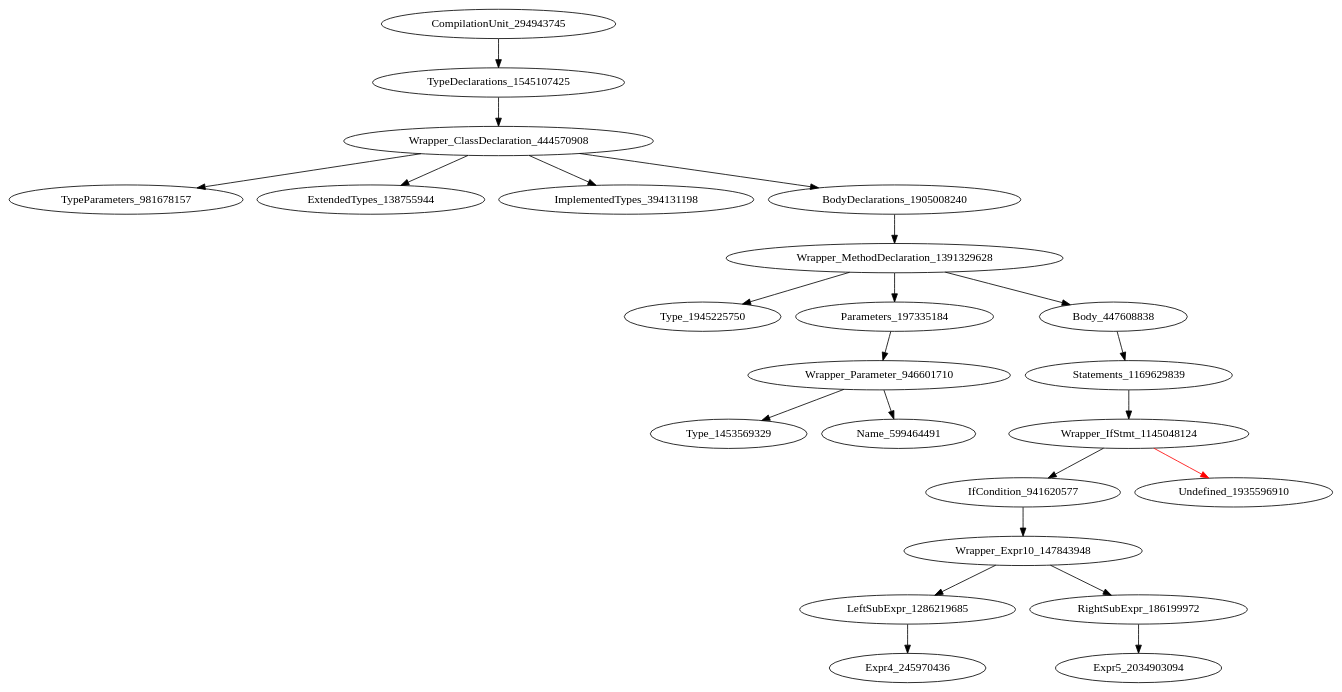
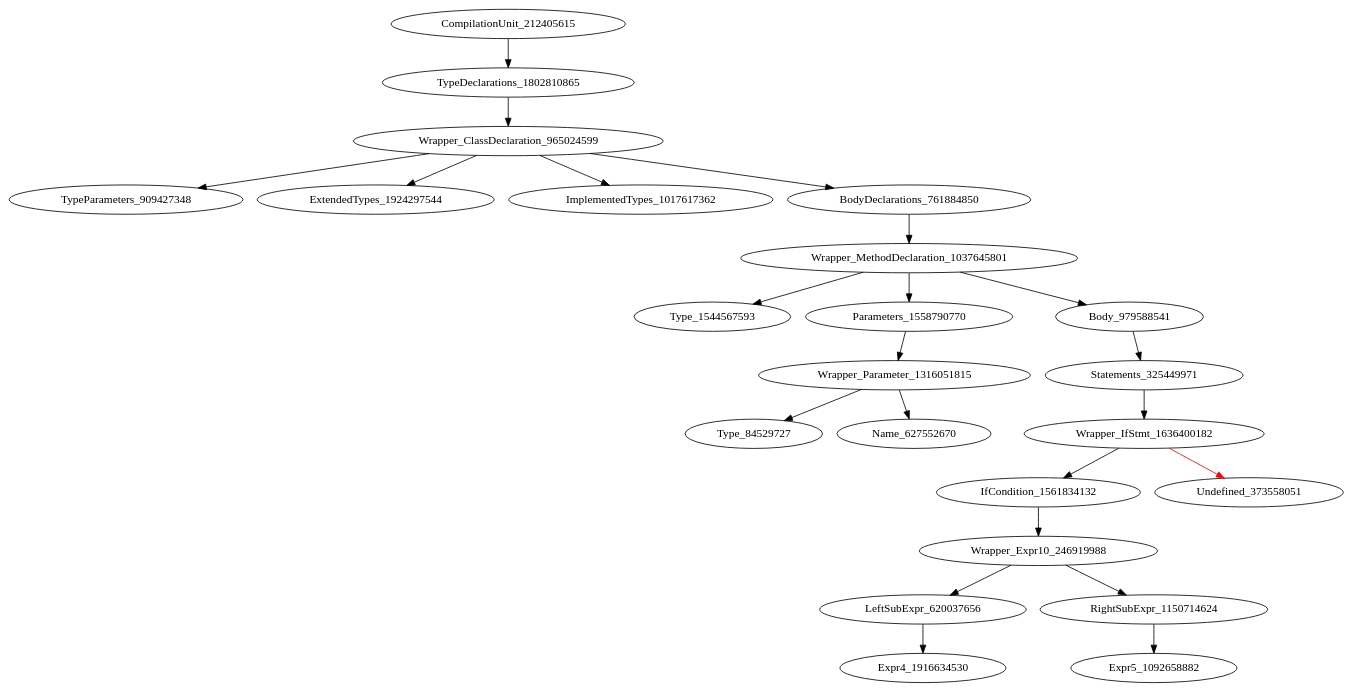
The diagram in holeAST.dot (icse2023material/VoiceJava), drawn with Graphviz before and after one commit. The commit also changed 20 other files, not shown here.

```diff
--- a/holeAST.dot
+++ b/holeAST.dot
@@ -1,24 +1,24 @@
 digraph {
-CompilationUnit_294943745 -> TypeDeclarations_1545107425
-TypeDeclarations_1545107425 -> Wrapper_ClassDeclaration_444570908
-Wrapper_ClassDeclaration_444570908 -> TypeParameters_981678157
-Wrapper_ClassDeclaration_444570908 -> ExtendedTypes_138755944
-Wrapper_ClassDeclaration_444570908 -> ImplementedTypes_394131198
-Wrapper_ClassDeclaration_444570908 -> BodyDeclarations_1905008240
-BodyDeclarations_1905008240 -> Wrapper_MethodDeclaration_1391329628
-Wrapper_MethodDeclaration_1391329628 -> Type_1945225750
-Wrapper_MethodDeclaration_1391329628 -> Parameters_197335184
-Wrapper_MethodDeclaration_1391329628 -> Body_447608838
-Parameters_197335184 -> Wrapper_Parameter_946601710
-Body_447608838 -> Statements_1169629839
-Wrapper_Parameter_946601710 -> Type_1453569329
-Wrapper_Parameter_946601710 -> Name_599464491
-Statements_1169629839 -> Wrapper_IfStmt_1145048124
-Wrapper_IfStmt_1145048124 -> IfCondition_941620577
-Wrapper_IfStmt_1145048124 -> Undefined_1935596910 [color = red] 
-IfCondition_941620577 -> Wrapper_Expr10_147843948
-Wrapper_Expr10_147843948 -> LeftSubExpr_1286219685
-Wrapper_Expr10_147843948 -> RightSubExpr_186199972
-LeftSubExpr_1286219685 -> Expr4_245970436
-RightSubExpr_186199972 -> Expr5_2034903094
+CompilationUnit_212405615 -> TypeDeclarations_1802810865
+TypeDeclarations_1802810865 -> Wrapper_ClassDeclaration_965024599
+Wrapper_ClassDeclaration_965024599 -> TypeParameters_909427348
+Wrapper_ClassDeclaration_965024599 -> ExtendedTypes_1924297544
+Wrapper_ClassDeclaration_965024599 -> ImplementedTypes_1017617362
+Wrapper_ClassDeclaration_965024599 -> BodyDeclarations_761884850
+BodyDeclarations_761884850 -> Wrapper_MethodDeclaration_1037645801
+Wrapper_MethodDeclaration_1037645801 -> Type_1544567593
+Wrapper_MethodDeclaration_1037645801 -> Parameters_1558790770
+Wrapper_MethodDeclaration_1037645801 -> Body_979588541
+Parameters_1558790770 -> Wrapper_Parameter_1316051815
+Body_979588541 -> Statements_325449971
+Wrapper_Parameter_1316051815 -> Type_84529727
+Wrapper_Parameter_1316051815 -> Name_627552670
+Statements_325449971 -> Wrapper_IfStmt_1636400182
+Wrapper_IfStmt_1636400182 -> IfCondition_1561834132
+Wrapper_IfStmt_1636400182 -> Undefined_373558051 [color = red] 
+IfCondition_1561834132 -> Wrapper_Expr10_246919988
+Wrapper_Expr10_246919988 -> LeftSubExpr_620037656
+Wrapper_Expr10_246919988 -> RightSubExpr_1150714624
+LeftSubExpr_620037656 -> Expr4_1916634530
+RightSubExpr_1150714624 -> Expr5_1092658882
 }
```
